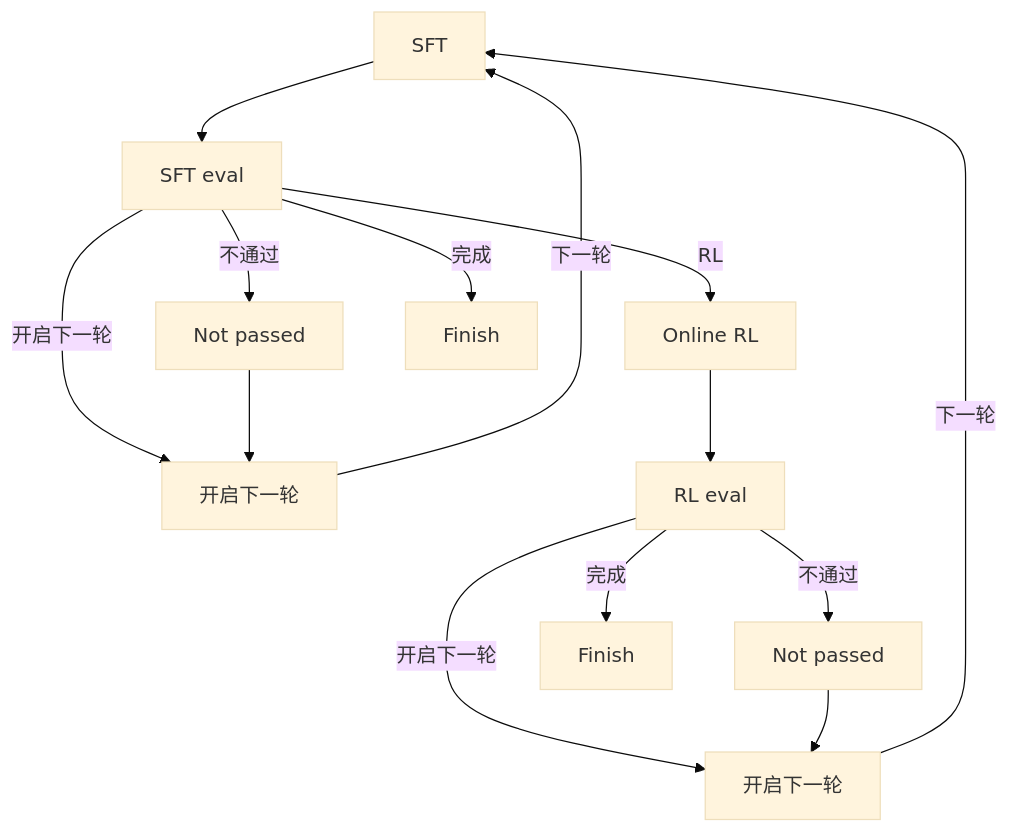
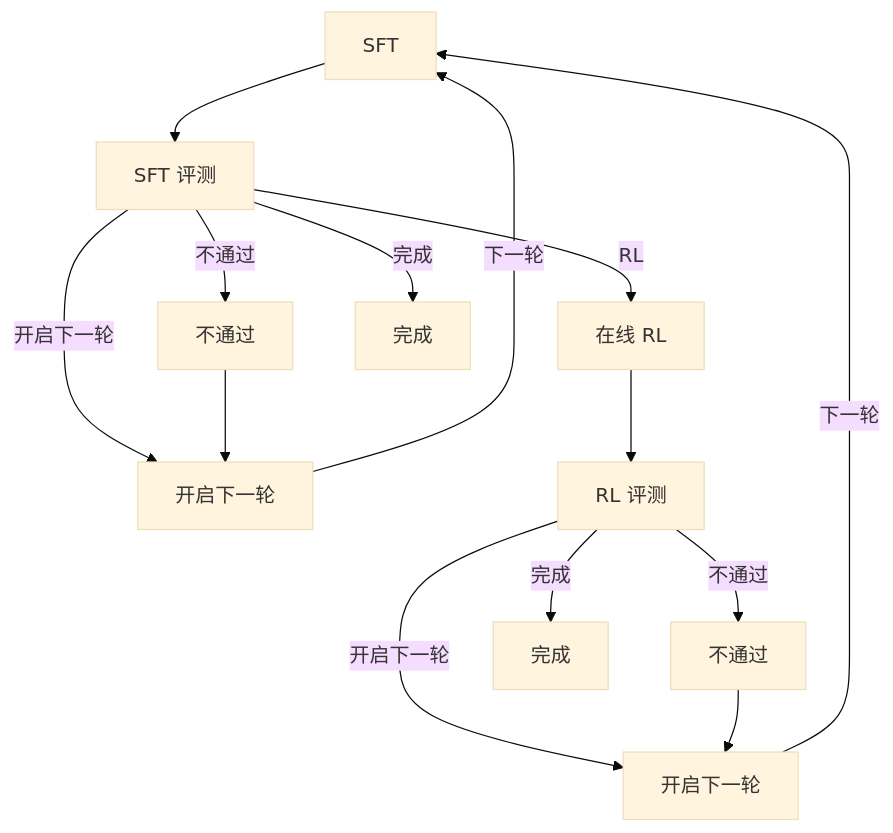
The diagram in rsi/README.md (achievec/ms-swift), drawn with Mermaid (base theme) before and after one commit. The commit also changed other lines of this file, not shown here.

````diff
--- a/rsi/README.md
+++ b/rsi/README.md
@@ -11,16 +13,16 @@
 ```mermaid
 flowchart TD
-  sft[SFT] --> se[SFT eval]
-  se -->|不通过| miss[Not passed]
-  se -->|RL| rl[Online RL]
-  se -->|完成| done[Finish]
+  sft[SFT] --> se[SFT 评测]
+  se -->|不通过| miss[不通过]
+  se -->|RL| rl[在线 RL]
+  se -->|完成| done[完成]
   se -->|开启下一轮| nxt[开启下一轮]
   miss --> nxt
-  rl --> re[RL eval]
-  re -->|不通过| rmiss[Not passed]
-  re -->|完成| rdone[Finish]
+  rl --> re[RL 评测]
+  re -->|不通过| rmiss[不通过]
+  re -->|完成| rdone[完成]
   re -->|开启下一轮| rnxt[开启下一轮]
   rmiss --> rnxt
   nxt -->|下一轮| sft
   rnxt -->|下一轮| sft
 ```
````
